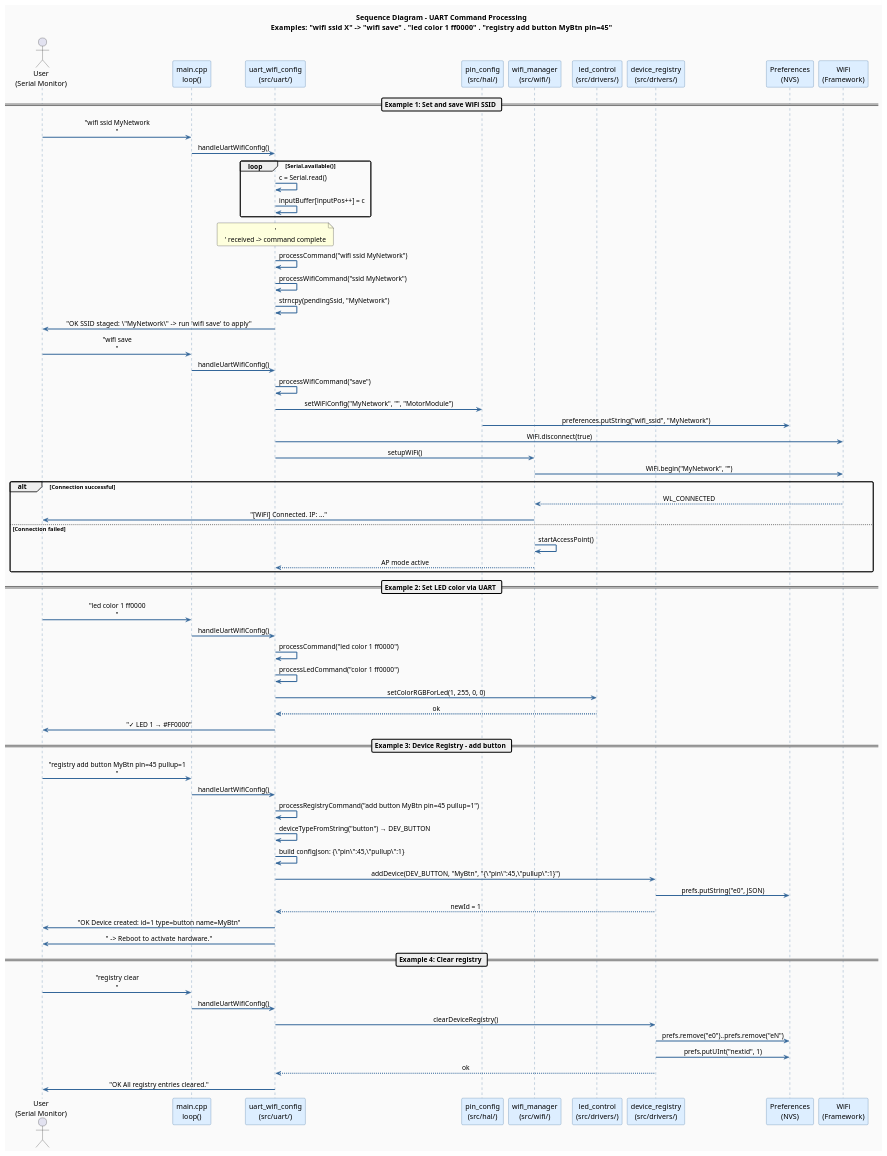
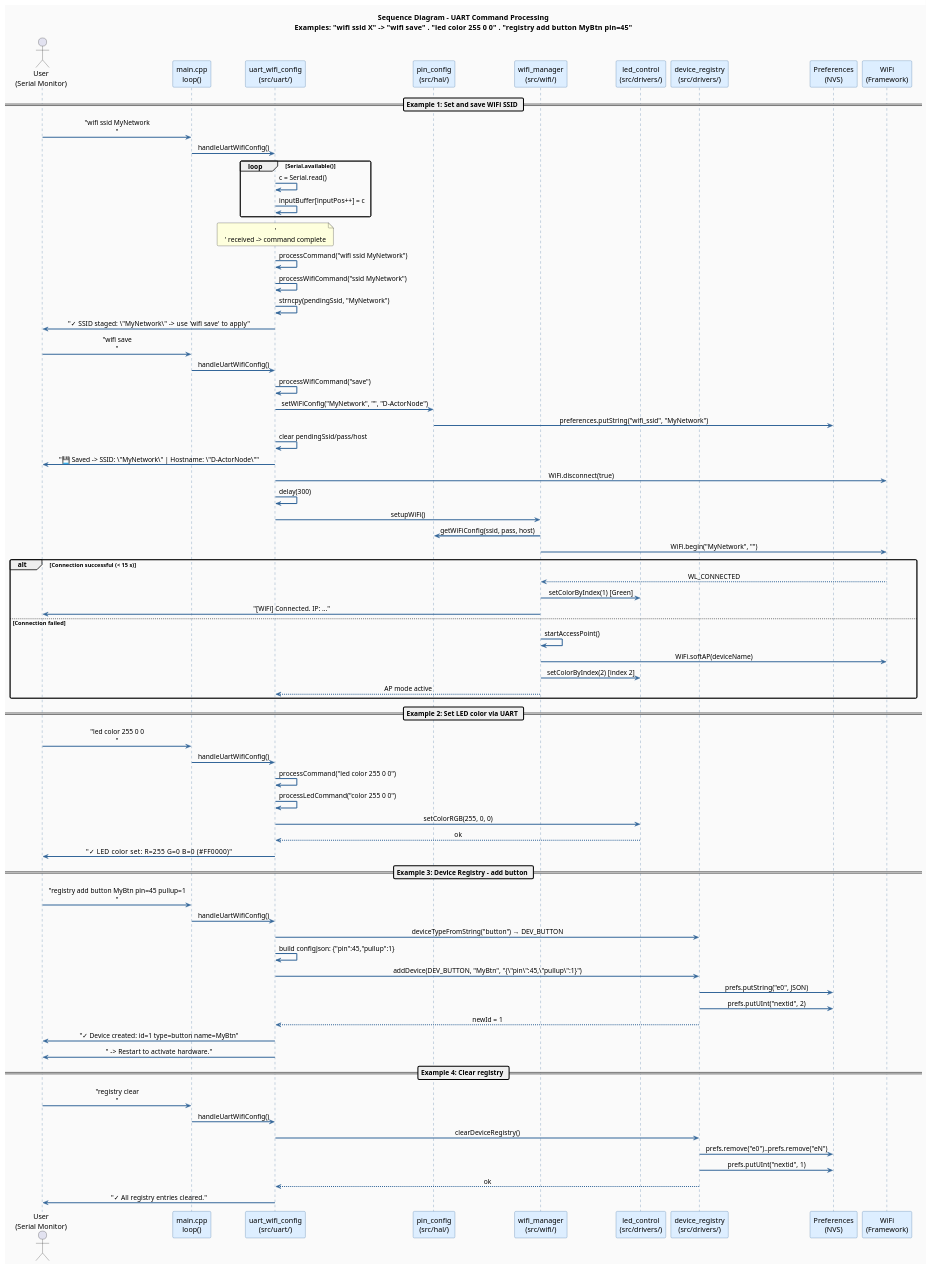
One commit to Nr44suessauer/D-ActorNode changed the diagram in diagrams/04_seq_uart.puml. Above: the diagram before and after it, drawn with PlantUML. The commit also changed other lines of this file and 5 other files, not shown here.

Commit message:
Diagramme angeglichen an Stand der Software

```diff
--- a/diagrams/04_seq_uart.puml
+++ b/diagrams/04_seq_uart.puml
@@ -1,90 +1,97 @@
 @startuml 04_Sequenz_UART
 skinparam sequenceArrowThickness 2
 skinparam roundcorner 5
 skinparam sequenceParticipantBorderColor #336699
 skinparam sequenceParticipantBackgroundColor #DDEEFF
 skinparam sequenceLifeLineBorderColor #336699
 skinparam BackgroundColor #FAFAFA
 skinparam ArrowColor #336699
 skinparam defaultTextAlignment center
 
-title Sequence Diagram – UART Command Processing\nExamples: "wifi ssid X" -> "wifi save"  .  "led color 1 ff0000"  .  "registry add button MyBtn pin=45"
+title Sequence Diagram – UART Command Processing\nExamples: "wifi ssid X" -> "wifi save"  .  "led color 255 0 0"  .  "registry add button MyBtn pin=45"
 
 actor "User\n(Serial Monitor)" as USER
 participant "main.cpp\nloop()" as MAIN
 participant "uart_wifi_config\n(src/uart/)" as UART
 participant "pin_config\n(src/hal/)" as PIN
 participant "wifi_manager\n(src/wifi/)" as WIFI
 participant "led_control\n(src/drivers/)" as LED
 participant "device_registry\n(src/drivers/)" as DEVREG
 participant "Preferences\n(NVS)" as NVS
 participant "WiFi\n(Framework)" as WIFIFW
 
 == Example 1: Set and save WiFi SSID ==
 
 USER -> MAIN  : "wifi ssid MyNetwork\n"
 MAIN -> UART  : handleUartWifiConfig()
 
 loop Serial.available()
     UART -> UART : c = Serial.read()
     UART -> UART : inputBuffer[inputPos++] = c
 end
 
 note over UART : '\n' received -> command complete
 
 UART -> UART   : processCommand("wifi ssid MyNetwork")
 UART -> UART   : processWifiCommand("ssid MyNetwork")
 UART -> UART   : strncpy(pendingSsid, "MyNetwork")
-UART -> USER   : "OK SSID staged: \"MyNetwork\"  ->  run 'wifi save' to apply"
+UART -> USER   : "✓ SSID staged: \"MyNetwork\"  ->  use 'wifi save' to apply"
 
 USER -> MAIN  : "wifi save\n"
 MAIN -> UART  : handleUartWifiConfig()
 UART -> UART  : processWifiCommand("save")
-UART -> PIN   : setWiFiConfig("MyNetwork", "", "MotorModule")
+UART -> PIN   : setWiFiConfig("MyNetwork", "", "D-ActorNode")
 PIN  -> NVS   : preferences.putString("wifi_ssid", "MyNetwork")
+UART -> UART  : clear pendingSsid/pass/host
+UART -> USER  : "💾 Saved  ->  SSID: \"MyNetwork\"  |  Hostname: \"D-ActorNode\""
 UART -> WIFIFW : WiFi.disconnect(true)
+UART -> UART  : delay(300)
 UART -> WIFI   : setupWiFi()
+WIFI -> PIN   : getWiFiConfig(ssid, pass, host)
 WIFI -> WIFIFW : WiFi.begin("MyNetwork", "")
 
-alt Connection successful
+alt Connection successful (< 15 s)
     WIFIFW --> WIFI : WL_CONNECTED
+    WIFI -> LED     : setColorByIndex(1) [Green]
     WIFI -> USER    : "[WiFi] Connected. IP: ..."
 else Connection failed
     WIFI -> WIFI    : startAccessPoint()
+    WIFI -> WIFIFW  : WiFi.softAP(deviceName)
+    WIFI -> LED     : setColorByIndex(2) [index 2]
     WIFI --> UART   : AP mode active
 end
 
 == Example 2: Set LED color via UART ==
 
-USER -> MAIN  : "led color 1 ff0000\n"
+USER -> MAIN  : "led color 255 0 0\n"
 MAIN -> UART  : handleUartWifiConfig()
-UART -> UART  : processCommand("led color 1 ff0000")
-UART -> UART  : processLedCommand("color 1 ff0000")
-UART -> LED   : setColorRGBForLed(1, 255, 0, 0)
+UART -> UART  : processCommand("led color 255 0 0")
+UART -> UART  : processLedCommand("color 255 0 0")
+UART -> LED   : setColorRGB(255, 0, 0)
 LED  --> UART : ok
-UART -> USER  : "✓ LED 1 → #FF0000"
+UART -> USER  : "✓ LED color set: R=255 G=0   B=0     (#FF0000)"
 
 == Example 3: Device Registry – add button ==
 
 USER -> MAIN   : "registry add button MyBtn pin=45 pullup=1\n"
 MAIN -> UART   : handleUartWifiConfig()
-UART -> UART   : processRegistryCommand("add button MyBtn pin=45 pullup=1")
-UART -> UART   : deviceTypeFromString("button") → DEV_BUTTON
-UART -> UART   : build configJson: {\"pin\":45,\"pullup\":1}
+UART -> DEVREG : deviceTypeFromString("button") → DEV_BUTTON
+UART -> UART   : build configJson: {"pin":45,"pullup":1}
 UART -> DEVREG : addDevice(DEV_BUTTON, "MyBtn", "{\"pin\":45,\"pullup\":1}")
 DEVREG -> NVS  : prefs.putString("e0", JSON)
+DEVREG -> NVS  : prefs.putUInt("nextid", 2)
 DEVREG --> UART : newId = 1
-UART -> USER   : "OK Device created: id=1 type=button name=MyBtn"
-UART -> USER   : "  -> Reboot to activate hardware."
+UART -> USER   : "✓ Device created: id=1 type=button name=MyBtn"
+UART -> USER   : "  -> Restart to activate hardware."
 
 == Example 4: Clear registry ==
 
 USER -> MAIN   : "registry clear\n"
 MAIN -> UART   : handleUartWifiConfig()
 UART -> DEVREG : clearDeviceRegistry()
 DEVREG -> NVS  : prefs.remove("e0")..prefs.remove("eN")
 DEVREG -> NVS  : prefs.putUInt("nextid", 1)
 DEVREG --> UART : ok
-UART -> USER   : "OK All registry entries cleared."
+UART -> USER   : "✓ All registry entries cleared."
 
 @enduml
```
